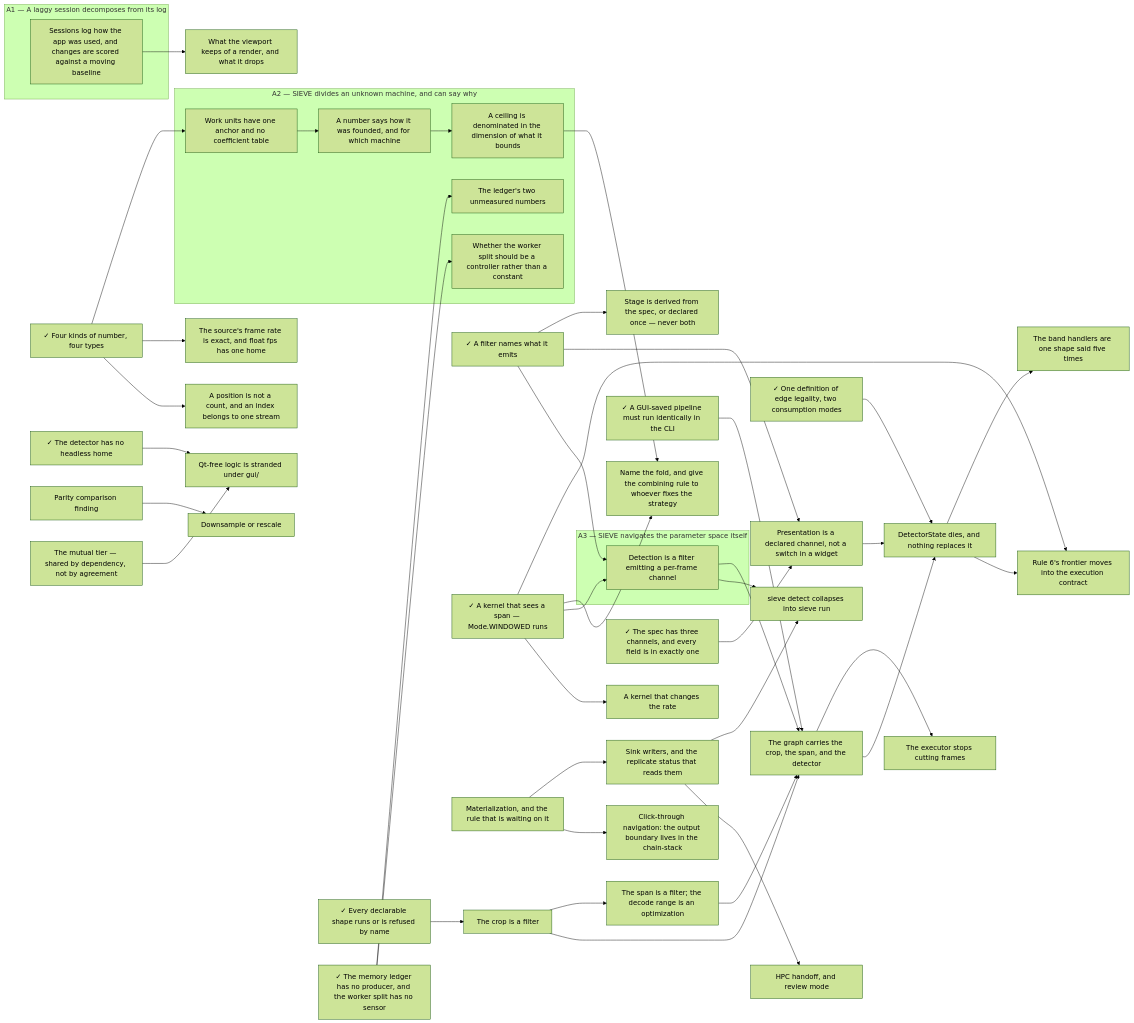
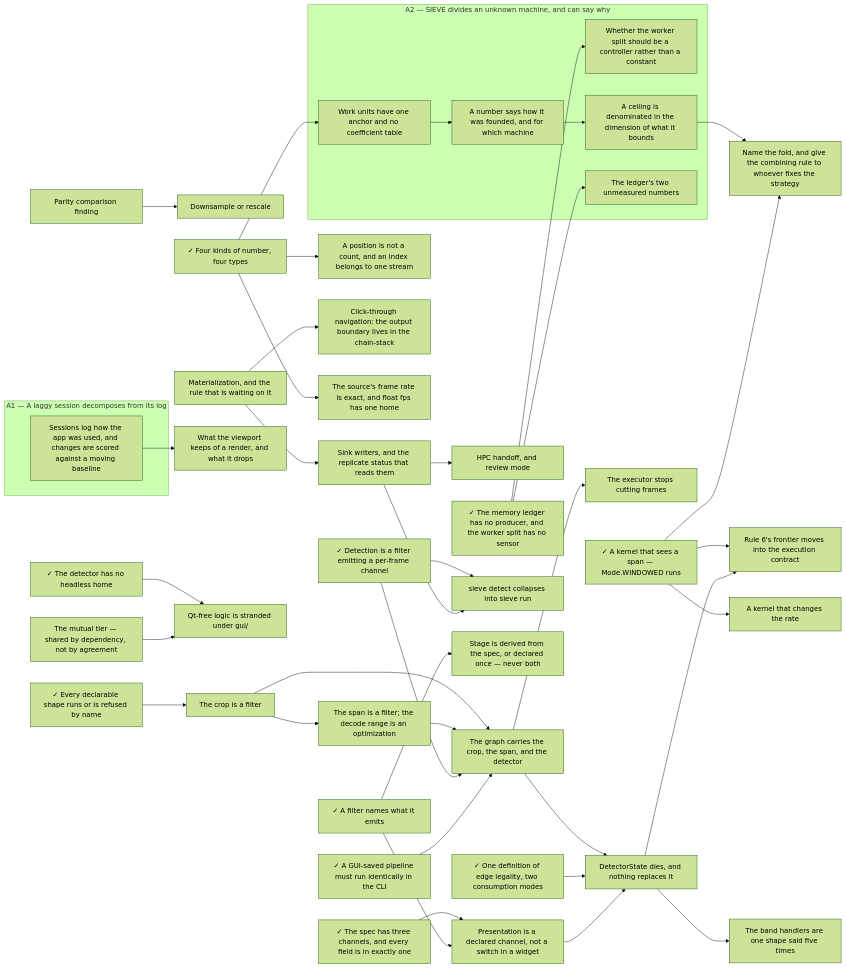
One commit to soulsynapse/antscihub-SIEVE changed the diagram in docs/.state.md. Above: the diagram before and after it, drawn with Mermaid (forest theme). The commit also changed other lines of this file and 17 other files, not shown here.

First line of the commit message:
feat(detection-is-a-filter): route whole-series detection through the filter

```diff
--- a/docs/.state.md
+++ b/docs/.state.md
@@ -128,15 +125,13 @@
       ledger_measurements["The ledger's two unmeasured numbers"]
       work_units_have_one_anchor["Work units have one anchor and no coefficient table"]
   end
-  subgraph A3["A3 — SIEVE navigates the parameter space itself"]
-      detection_is_a_filter["Detection is a filter emitting a per-frame channel"]
-  end
     a_filter_names_what_it_emits["✓ A filter names what it emits"]
     a_kernel_that_changes_the_rate["A kernel that changes the rate"]
     a_kernel_that_sees_a_span["✓ A kernel that sees a span — Mode.WINDOWED runs"]
     a_position_is_not_a_count["A position is not a count, and an index belongs to one stream"]
     click_through_navigation["Click-through navigation: the output boundary lives in the chain-stack"]
     declarable_but_not_runnable["✓ Every declarable shape runs or is refused by name"]
+    detection_is_a_filter["✓ Detection is a filter emitting a per-frame channel"]
     detector_state_dies["DetectorState dies, and nothing replaces it"]
     downsample_or_rescale["Downsample or rescale"]
     exact_source_frame_rate["The source's frame rate is exact, and float fps has one home"]
@@ -169,8 +164,6 @@
     ledger_producers --> adaptive_worker_allocation
     a_number_says_how_it_was_founded --> ceilings_in_the_dimension_they_bound
     materialization --> click_through_navigation
-    a_kernel_that_sees_a_span --> detection_is_a_filter
-    a_filter_names_what_it_emits --> detection_is_a_filter
     the_graph_carries_the_crop_the_span_and_the_detector --> detector_state_dies
     one_definition_of_edge_legality --> detector_state_dies
     presentation_is_a_channel_not_a_switch --> detector_state_dies
```
